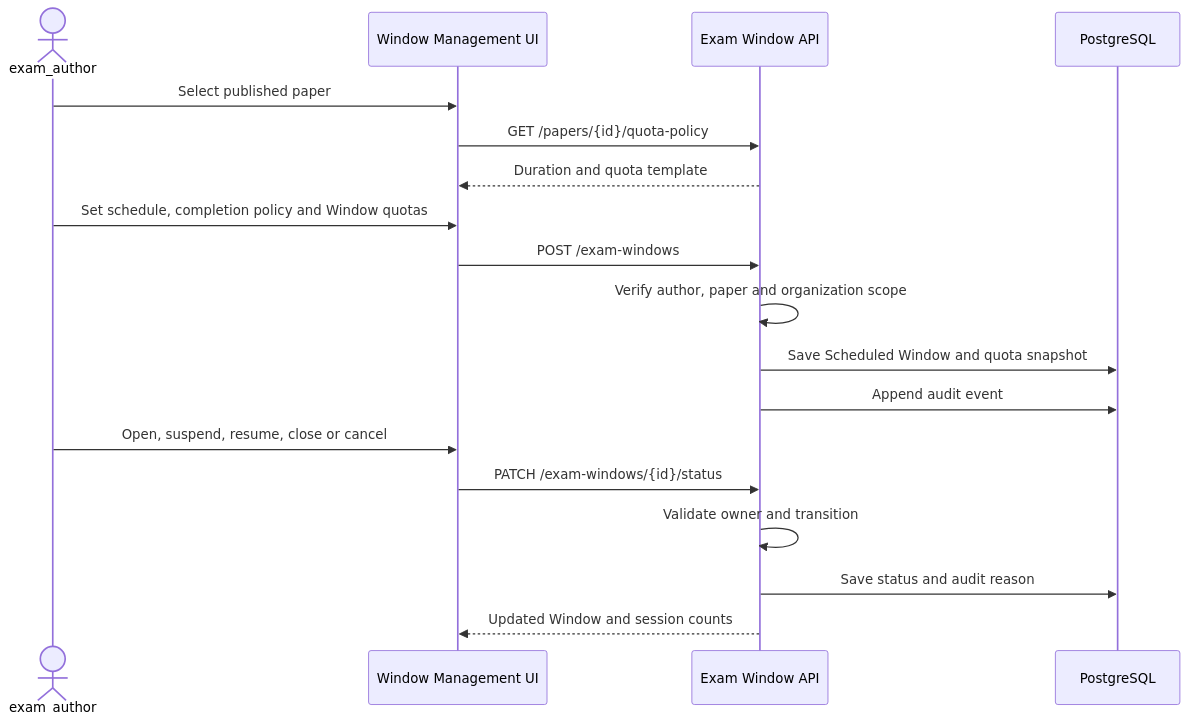
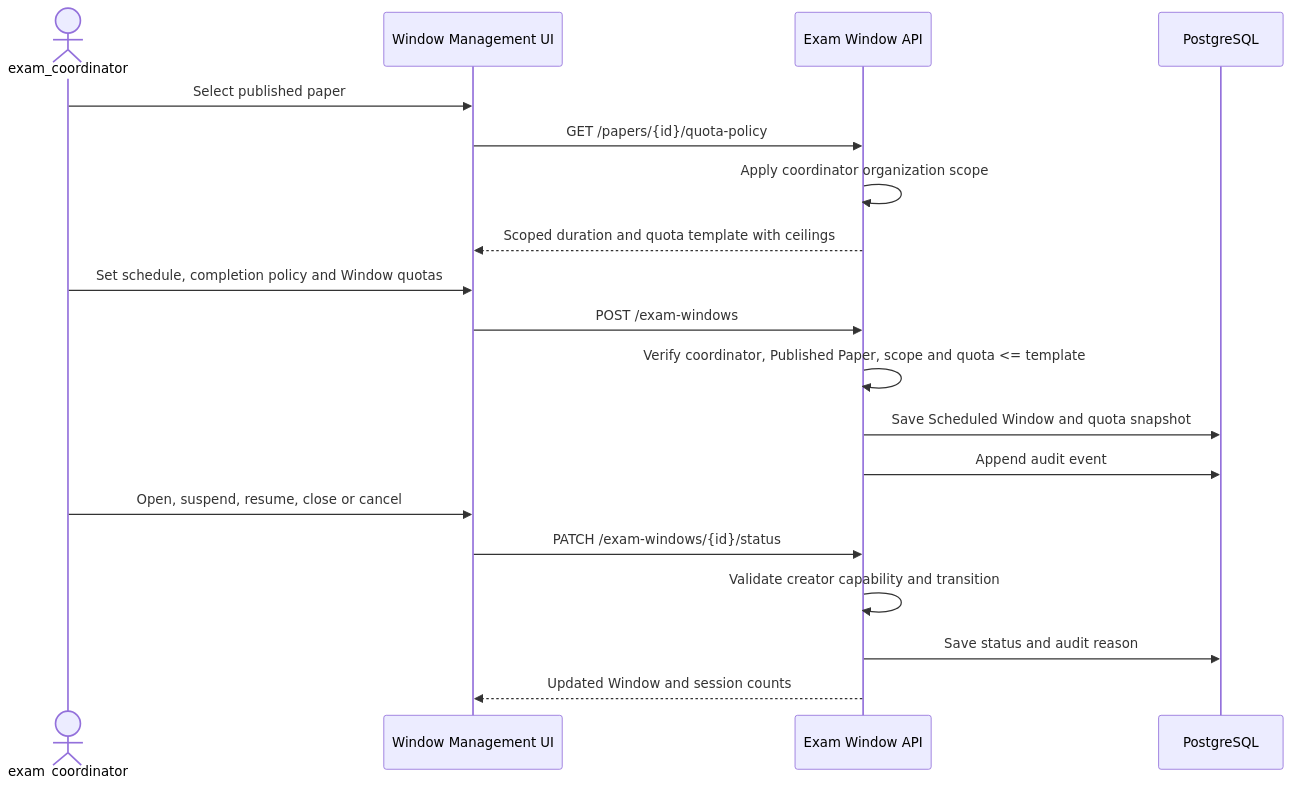
One commit to idev006/MTExam changed diagram 14 of 21 in doc/workflows/use-case-sequence-diagrams.md. Above: the diagram before and after it, drawn with Mermaid. The commit also changed 29 other files, not shown here.

````diff
--- a/doc/workflows/use-case-sequence-diagrams.md
+++ b/doc/workflows/use-case-sequence-diagrams.md
@@ -252,20 +252,21 @@
 ```mermaid
 sequenceDiagram
-    actor E as exam_author
+    actor E as exam_coordinator
     participant UI as Window Management UI
     participant API as Exam Window API
     participant DB as PostgreSQL
     E->>UI: Select published paper
     UI->>API: GET /papers/{id}/quota-policy
-    API-->>UI: Duration and quota template
+    API->>API: Apply coordinator organization scope
+    API-->>UI: Scoped duration and quota template with ceilings
     E->>UI: Set schedule, completion policy and Window quotas
     UI->>API: POST /exam-windows
-    API->>API: Verify author, paper and organization scope
+    API->>API: Verify coordinator, Published Paper, scope and quota <= template
     API->>DB: Save Scheduled Window and quota snapshot
     API->>DB: Append audit event
     E->>UI: Open, suspend, resume, close or cancel
     UI->>API: PATCH /exam-windows/{id}/status
-    API->>API: Validate owner and transition
+    API->>API: Validate creator capability and transition
     API->>DB: Save status and audit reason
     API-->>UI: Updated Window and session counts
 ```
````
